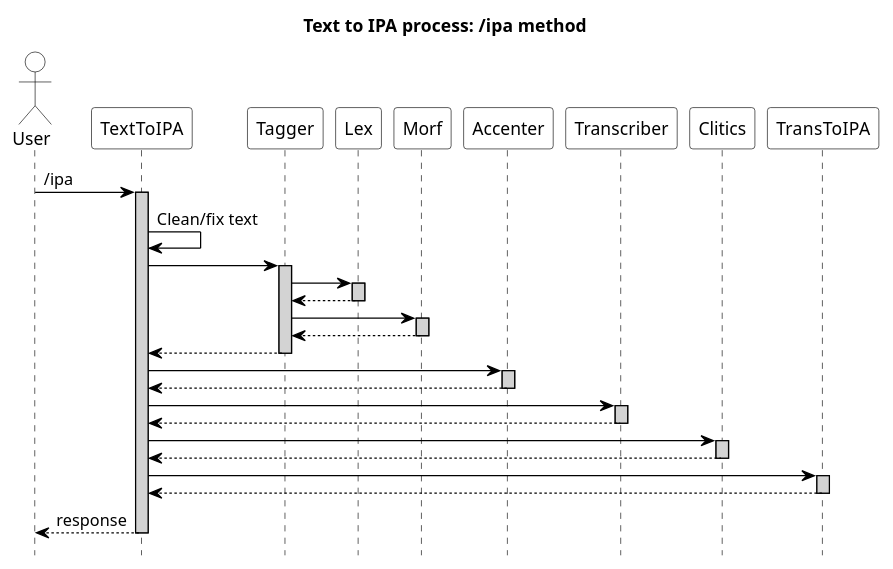
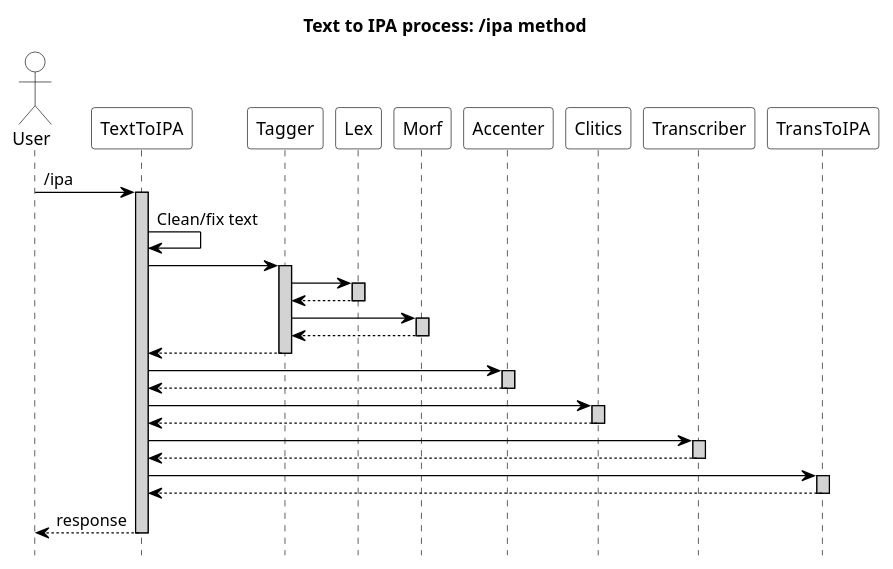
One commit to airenas/lt-text-to-ipa changed the diagram in info/process.puml. Above: the diagram before and after it, drawn with PlantUML. The commit also changed other lines of this file and 1 other file, not shown here.

Commit message:
Update schema

```diff
--- a/info/process.puml
+++ b/info/process.puml
@@ -1,78 +1,78 @@
 @startuml TextToIPA
 
 skinparam sequence {
 ParticipantBorderColor Black
 ActorBorderColor Black
 
 ParticipantBackgroundColor White
 ActorBackgroundColor White
 
 ArrowColor black
 LifeLineBorderColor black
 LifeLineBackgroundColor lightgray
 
 BoxBorderColor black
 }
 skinparam databaseBackgroundColor White
 skinparam dataBaseBorderColor Blue
 
 hide footbox
 title Text to IPA process: /ipa method
 
 ' skinparam handwritten true
 
 actor User
 participant "TextToIPA" as srv
 participant "Tagger" as tagger
 participant "Lex" as lex
 participant "Morf" as morf
 participant "Accenter" as accenter
+participant "Clitics" as clitics
 participant "Transcriber" as transcriber
-participant "Clitics" as clitics
 participant "TransToIPA" as toIPA
 
 User -> srv: /ipa
 activate srv
 
 srv -> srv: Clean/fix text
 
 srv -> tagger: 
 activate tagger
 
 tagger -> lex: 
 activate lex
 lex --> tagger:
 deactivate lex
 
 tagger -> morf: 
 activate morf
 morf --> tagger:
 deactivate morf
 
 tagger --> srv:
 deactivate tagger
 
 srv -> accenter: 
 activate accenter
 accenter --> srv:
 deactivate accenter
 
+srv -> clitics: 
+activate clitics
+clitics --> srv:
+deactivate clitics
+
 srv -> transcriber: 
 activate transcriber
 transcriber --> srv:
 deactivate transcriber
-
-srv -> clitics: 
-activate clitics
-clitics --> srv:
-deactivate clitics
 
 srv -> toIPA: 
 activate toIPA
 toIPA --> srv:
 deactivate toIPA
 
 srv --> User: response
 deactivate srv
 
 @enduml
```
